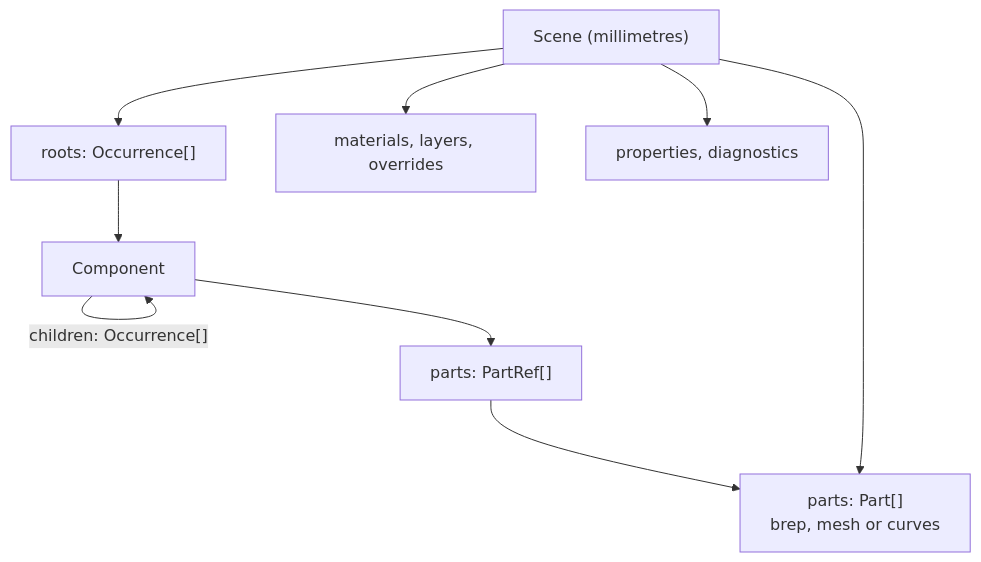
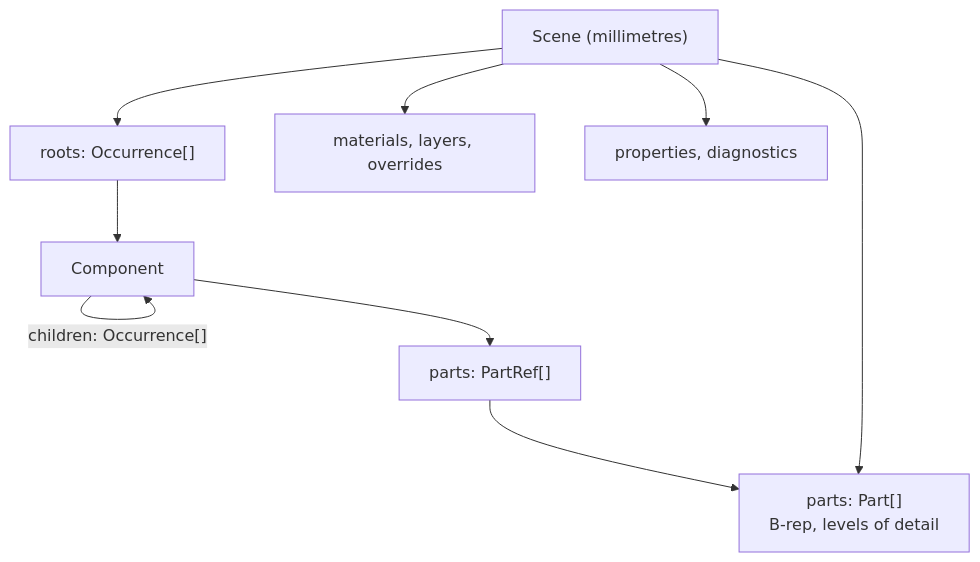
Before and after one commit to martyvona/cad-io-js: the fourth of 5 diagrams in README.md, drawn with Mermaid. The commit also changed other lines of this file and 34 other files, not shown here.

First line of the commit message:
cad-scene: one Part type with an optional B-rep and levels of detail; tessellateScene adds its meshes as levels

````diff
--- a/README.md
+++ b/README.md
@@ -496,11 +496,11 @@
 ```mermaid
 flowchart TD
   scene["Scene (millimetres)"] --> roots["roots: Occurrence[]"]
   roots --> comp["Component"]
   comp -->|"children: Occurrence[]"| comp
   comp --> refs["parts: PartRef[]"]
-  refs --> parts["parts: Part[]<br/>brep, mesh or curves"]
+  refs --> parts["parts: Part[]<br/>B-rep, levels of detail"]
   scene --> parts
   scene --> mats["materials, layers, overrides"]
   scene --> props["properties, diagnostics"]
 ```
````
